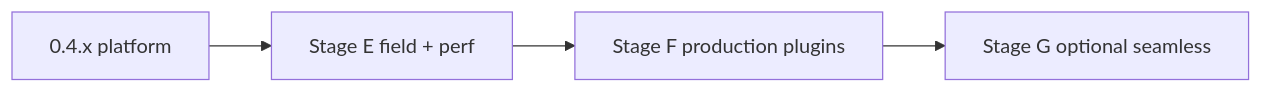
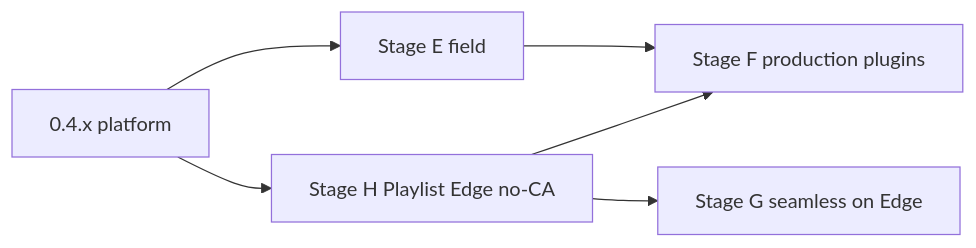
The second of 2 diagrams in docs/ROADMAP.md (denis-ershov/OpenStream-Engine), drawn with Mermaid before and after one commit. The commit also changed other lines of this file and 73 other files, not shown here.

````diff
--- a/docs/ROADMAP.md
+++ b/docs/ROADMAP.md
@@ -22,8 +75,13 @@
 ```mermaid
 flowchart LR
   done[0.4.x platform]
-  e[Stage E field + perf]
+  e[Stage E field]
+  h[Stage H Playlist Edge no-CA]
   f[Stage F production plugins]
-  g[Stage G optional seamless]
-  done --> e --> f --> g
+  g[Stage G seamless on Edge]
+  done --> e
+  done --> h
+  h --> f
+  h --> g
+  e --> f
 ```
````
